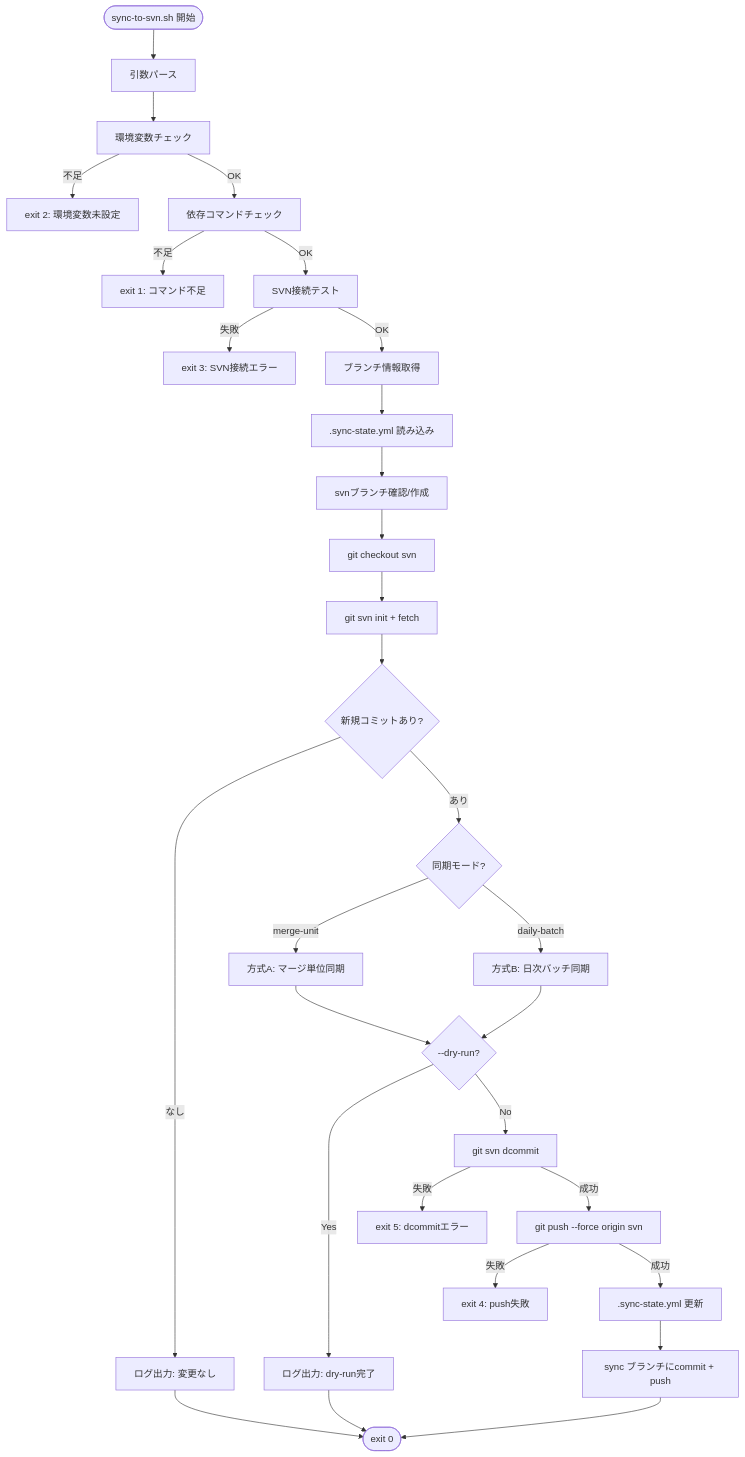
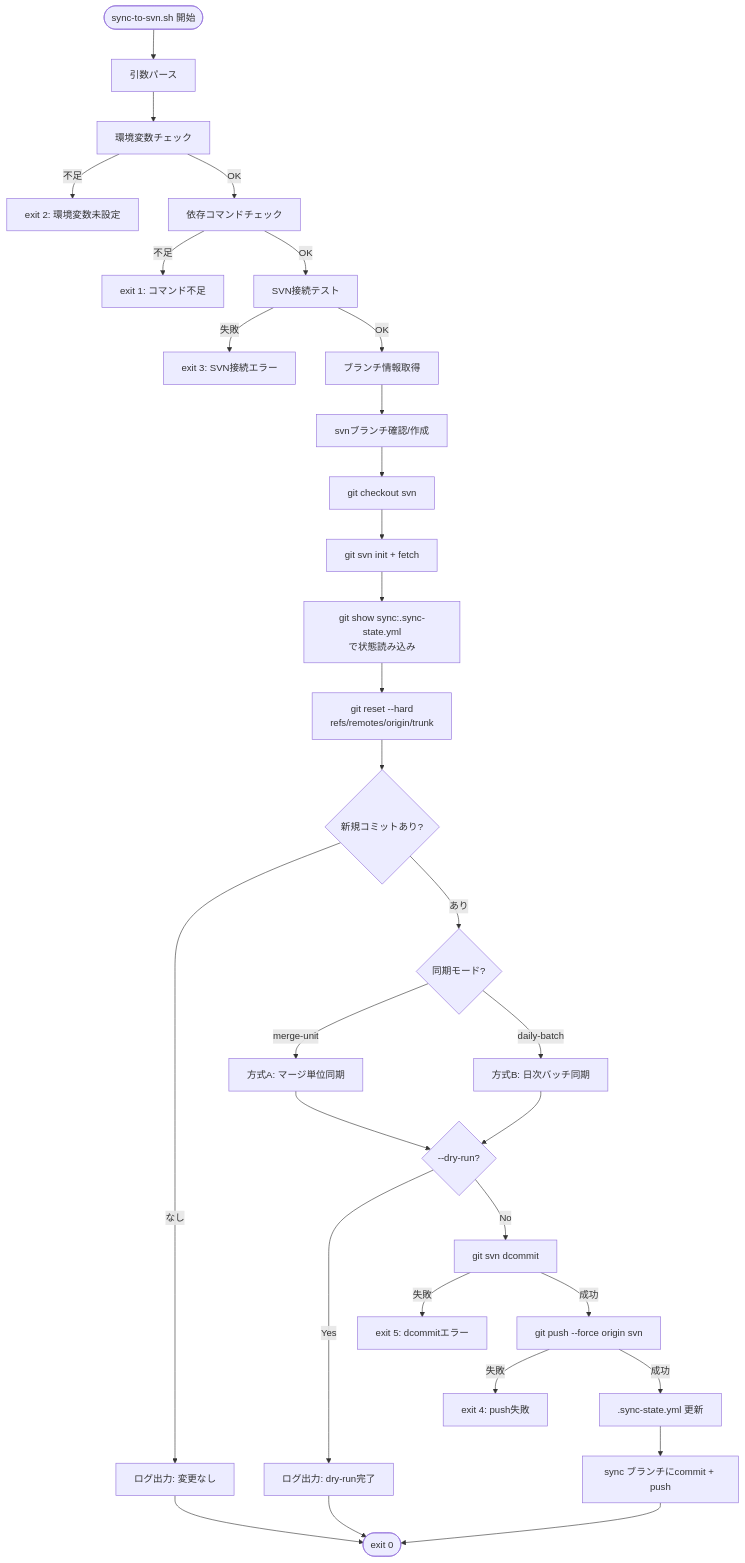
Before and after one commit to NagasakaH/dev-process: the first of 10 diagrams in docs/git-svn-backup/design/04_process-flow-design.md, drawn with Mermaid. The commit also changed other lines of this file and 4 other files, not shown here.

````diff
--- a/docs/git-svn-backup/design/04_process-flow-design.md
+++ b/docs/git-svn-backup/design/04_process-flow-design.md
@@ -19,32 +19,33 @@
 ```mermaid
 flowchart TD
     START([sync-to-svn.sh 開始]) --> PARSE[引数パース]
     PARSE --> VALIDATE[環境変数チェック]
     VALIDATE -->|不足| ERR_ENV[exit 2: 環境変数未設定]
     VALIDATE -->|OK| DEPS[依存コマンドチェック]
     DEPS -->|不足| ERR_DEPS[exit 1: コマンド不足]
     DEPS -->|OK| SVN_TEST[SVN接続テスト]
     SVN_TEST -->|失敗| ERR_SVN[exit 3: SVN接続エラー]
     SVN_TEST -->|OK| FETCH[ブランチ情報取得]
-    FETCH --> READ_STATE[.sync-state.yml 読み込み]
-    READ_STATE --> ENSURE_SVN[svnブランチ確認/作成]
+    FETCH --> ENSURE_SVN[svnブランチ確認/作成]
     ENSURE_SVN --> CHECKOUT_SVN[git checkout svn]
     CHECKOUT_SVN --> SETUP_GITSVN[git svn init + fetch]
-    SETUP_GITSVN --> CHECK_COMMITS{新規コミットあり?}
+    SETUP_GITSVN --> READ_STATE["git show sync:.sync-state.yml<br/>で状態読み込み"]
+    READ_STATE --> RESET_TRUNK["git reset --hard<br/>refs/remotes/origin/trunk"]
+    RESET_TRUNK --> CHECK_COMMITS{新規コミットあり?}
     CHECK_COMMITS -->|なし| NO_CHANGE[ログ出力: 変更なし]
     NO_CHANGE --> EXIT_OK([exit 0])
     CHECK_COMMITS -->|あり| MODE{同期モード?}
     MODE -->|merge-unit| MERGE_UNIT[方式A: マージ単位同期]
     MODE -->|daily-batch| DAILY_BATCH[方式B: 日次バッチ同期]
     MERGE_UNIT --> DRYRUN{--dry-run?}
     DAILY_BATCH --> DRYRUN
     DRYRUN -->|Yes| DRY_LOG[ログ出力: dry-run完了]
     DRY_LOG --> EXIT_OK
     DRYRUN -->|No| DCOMMIT[git svn dcommit]
     DCOMMIT -->|失敗| ERR_DCOMMIT[exit 5: dcommitエラー]
     DCOMMIT -->|成功| PUSH_SVN[git push --force origin svn]
     PUSH_SVN -->|失敗| ERR_PUSH[exit 4: push失敗]
     PUSH_SVN -->|成功| UPDATE_STATE[.sync-state.yml 更新]
     UPDATE_STATE --> COMMIT_STATE[sync ブランチにcommit + push]
     COMMIT_STATE --> EXIT_OK
 ```
````
